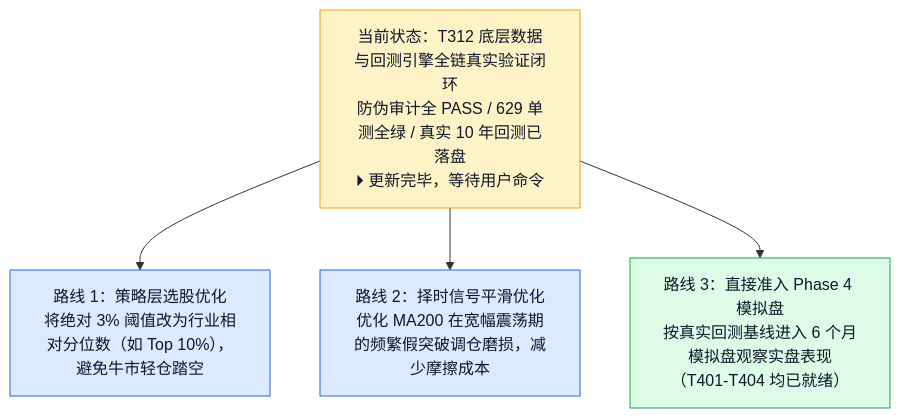
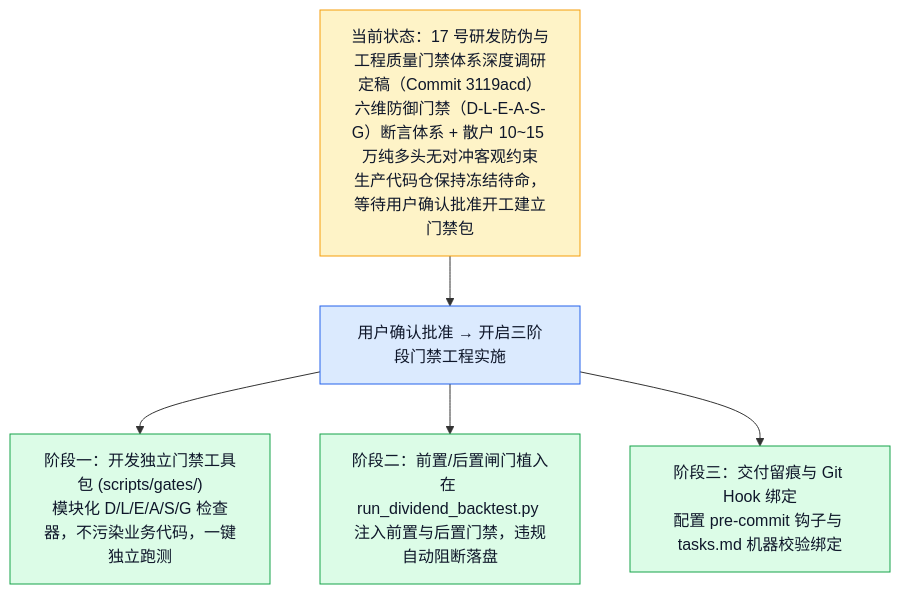
The sixth of 6 diagrams in docs/project_status_flowchart.md (YZml1507/FinAI2.0), drawn with Mermaid before and after one commit. The commit also changed other lines of this file and 8 other files, not shown here.

Commit message:
docs: organize docs into docs/README.md, move loose summaries to docs/delivery, update root README/LESSONS and flowcharts

````diff
--- a/docs/project_status_flowchart.md
+++ b/docs/project_status_flowchart.md
@@ -124,11 +126,13 @@
 ```mermaid
 flowchart TD
-  NOW["当前状态：T312 底层数据与回测引擎全链真实验证闭环<br/>防伪审计全 PASS / 629 单测全绿 / 真实 10 年回测已落盘<br/>⏵ 更新完毕，等待用户命令"]
-  NOW --> OPT1["路线 1：策略层选股优化<br/>将绝对 3% 阈值改为行业相对分位数（如 Top 10%），避免牛市轻仓踏空"]
-  NOW --> OPT2["路线 2：择时信号平滑优化<br/>优化 MA200 在宽幅震荡期的频繁假突破调仓磨损，减少摩擦成本"]
-  NOW --> OPT3["路线 3：直接准入 Phase 4 模拟盘<br/>按真实回测基线进入 6 个月模拟盘观察实盘表现（T401-T404 均已就绪）"]
+  NOW["当前状态：17 号研发防伪与工程质量门禁体系深度调研定稿（Commit 3119acd）<br/>六维防御门禁（D-L-E-A-S-G）断言体系 + 散户 10~15 万纯多头无对冲客观约束<br/>生产代码仓保持冻结待命，等待用户确认批准开工建立门禁包"]
+  NOW --> APP["用户确认批准 → 开启三阶段门禁工程实施"]
+  APP --> STAGE1["阶段一：开发独立门禁工具包 (scripts/gates/)<br/>模块化 D/L/E/A/S/G 检查器，不污染业务代码，一键独立跑测"]
+  APP --> STAGE2["阶段二：前置/后置闸门植入<br/>在 run_dividend_backtest.py 注入前置与后置门禁，违规自动阻断落盘"]
+  APP --> STAGE3["阶段三：交付留痕与 Git Hook 绑定<br/>配置 pre-commit 钩子与 tasks.md 机器校验绑定"]
   style NOW fill:#fef3c7,stroke:#f59e0b,color:#0f172a
-  style OPT1 fill:#dbeafe,stroke:#2563eb,color:#0f172a
-  style OPT2 fill:#dbeafe,stroke:#2563eb,color:#0f172a
-  style OPT3 fill:#dcfce7,stroke:#16a34a,color:#0f172a
+  style APP fill:#dbeafe,stroke:#2563eb,color:#0f172a
+  style STAGE1 fill:#dcfce7,stroke:#16a34a,color:#0f172a
+  style STAGE2 fill:#dcfce7,stroke:#16a34a,color:#0f172a
+  style STAGE3 fill:#dcfce7,stroke:#16a34a,color:#0f172a
 ```
````
